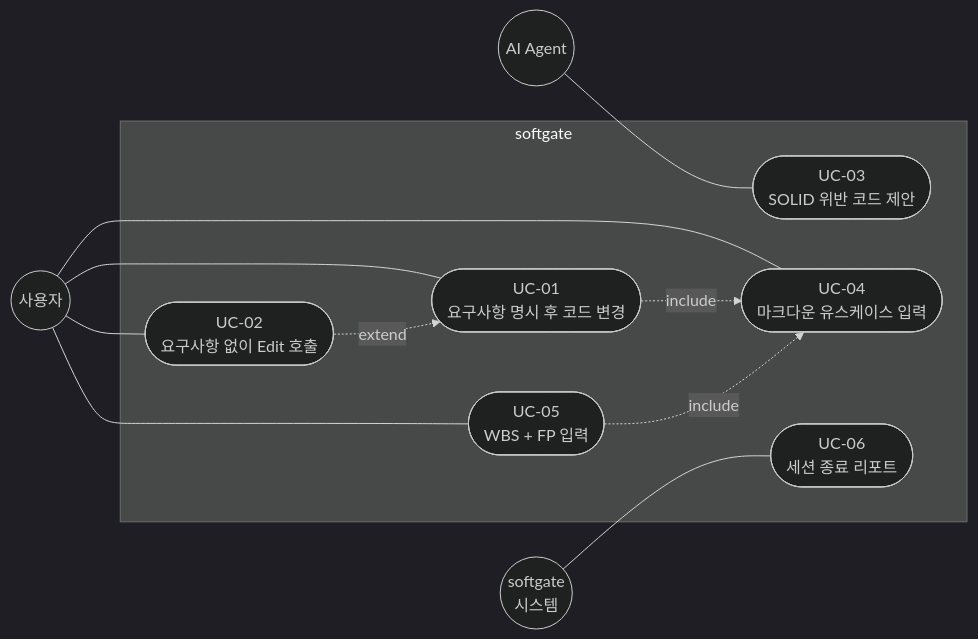
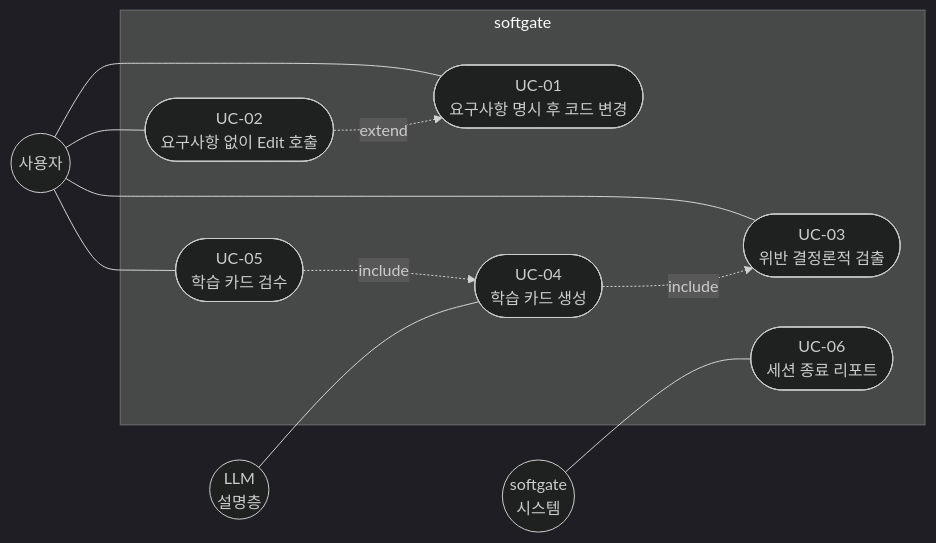
One commit to YujunOh/NaN-SE changed the first of 6 diagrams in docs/REQUIREMENTS.md. Above: the diagram before and after it, drawn with Mermaid (dark theme). The commit also changed other lines of this file and 1 other file, not shown here.

````diff
--- a/docs/REQUIREMENTS.md
+++ b/docs/REQUIREMENTS.md
@@ -52,26 +58,26 @@
 ```mermaid
 flowchart LR
     User((사용자))
-    AI((AI Agent))
+    LLM((LLM<br/>설명층))
     System((softgate<br/>시스템))
 
     subgraph softgate
         UC01([UC-01<br/>요구사항 명시 후 코드 변경])
         UC02([UC-02<br/>요구사항 없이 Edit 호출])
-        UC03([UC-03<br/>SOLID 위반 코드 제안])
-        UC04([UC-04<br/>마크다운 유스케이스 입력])
-        UC05([UC-05<br/>WBS + FP 입력])
+        UC03([UC-03<br/>위반 결정론적 검출])
+        UC04([UC-04<br/>학습 카드 생성])
+        UC05([UC-05<br/>학습 카드 검수])
         UC06([UC-06<br/>세션 종료 리포트])
     end
 
     User --- UC01
     User --- UC02
-    User --- UC04
+    User --- UC03
     User --- UC05
-    AI --- UC03
+    LLM --- UC04
     System --- UC06
 
-    UC01 -. include .-> UC04
+    UC04 -. include .-> UC03
     UC05 -. include .-> UC04
     UC02 -. extend .-> UC01
 ```
````
